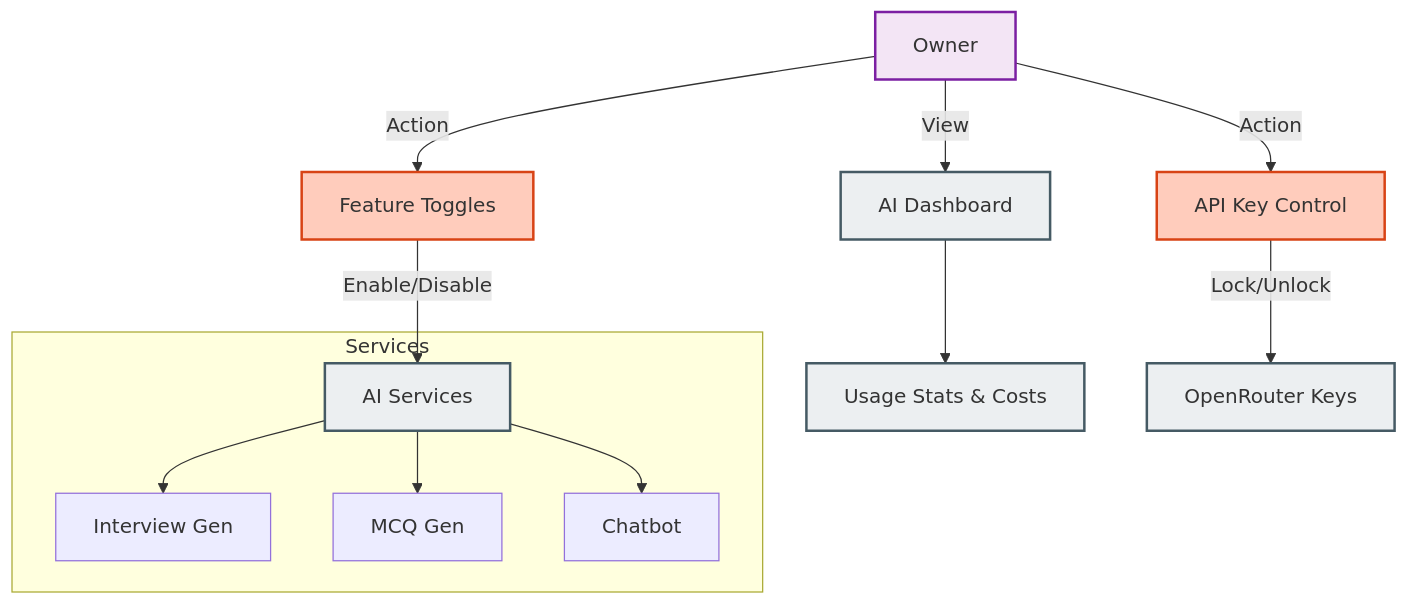
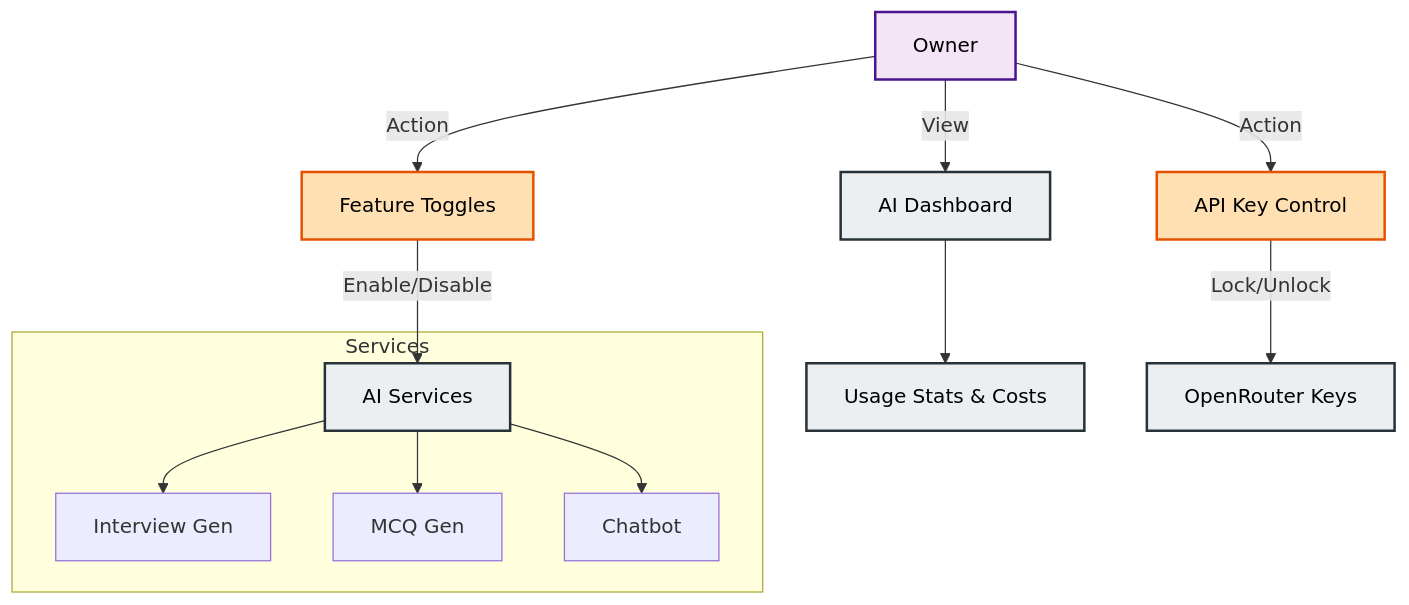
The eighth of 10 diagrams in WORKFLOW_NOTEBOOK.md (nirdeshbhesaniya/InterviewAI2.0), drawn with Mermaid before and after one commit. The commit also changed other lines of this file, not shown here.

Commit message:
Make all text visible

````diff
--- a/WORKFLOW_NOTEBOOK.md
+++ b/WORKFLOW_NOTEBOOK.md
@@ -379,21 +395,46 @@
 ```mermaid
 graph TD
-    classDef owner fill:#f3e5f5,stroke:#7b1fa2,stroke-width:2px;
-    classDef system fill:#eceff1,stroke:#455a64,stroke-width:2px;
-    classDef action fill:#ffccbc,stroke:#d84315,stroke-width:2px;
+
+    %% ========================
+    %% High-Contrast Class Styles
+    %% ========================
+
+    classDef owner  fill:#F3E5F5,stroke:#4A148C,stroke-width:2px,color:#000;
+    classDef system fill:#ECEFF1,stroke:#263238,stroke-width:2px,color:#000;
+    classDef action fill:#FFE0B2,stroke:#E65100,stroke-width:2px,color:#000;
+
+
+    %% ========================
+    %% Flow
+    %% ========================
 
     Owner[Owner]:::owner -->|View| Dash[AI Dashboard]:::system
+
     Dash --> Stats[Usage Stats & Costs]:::system
-    
+
+
     Owner -->|Action| Keys[API Key Control]:::action
+
     Keys -->|Lock/Unlock| OpenRouter[OpenRouter Keys]:::system
-    
+
+
     Owner -->|Action| Flags[Feature Toggles]:::action
+
     Flags -->|Enable/Disable| Service[AI Services]:::system
-    
+
+
+    %% ========================
+    %% Services Group
+    %% ========================
+
     subgraph Services
-    Service --> Interview[Interview Gen]
-    Service --> MCQ[MCQ Gen]
-    Service --> Chat[Chatbot]
+
+        Service --> Interview[Interview Gen]
+
+        Service --> MCQ[MCQ Gen]
+
+        Service --> Chat[Chatbot]
+
     end
+
 ```
````
